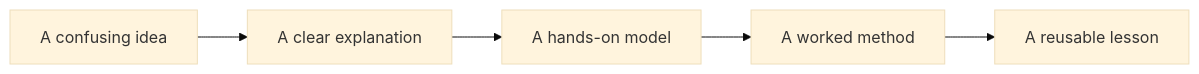
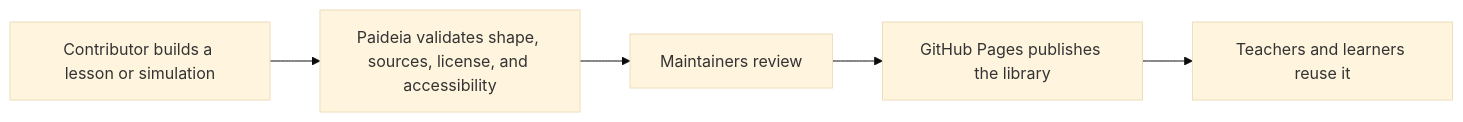
The diagram in README.md (anieyrudh/Paideia), drawn with Mermaid (base theme) before and after one commit. The commit also changed other lines of this file and 21 other files, not shown here.

````diff
--- a/README.md
+++ b/README.md
@@ -28,7 +13,7 @@
 ```mermaid
 flowchart LR
-  A["A confusing idea"] --> B["A clear explanation"]
-  B --> C["A hands-on model"]
-  C --> D["A worked method"]
-  D --> E["A reusable lesson"]
+  A["Contributor builds a lesson or simulation"] --> B["Paideia validates shape, sources, license, and accessibility"]
+  B --> C["Maintainers review"]
+  C --> D["GitHub Pages publishes the library"]
+  D --> E["Teachers and learners reuse it"]
 ```
````
